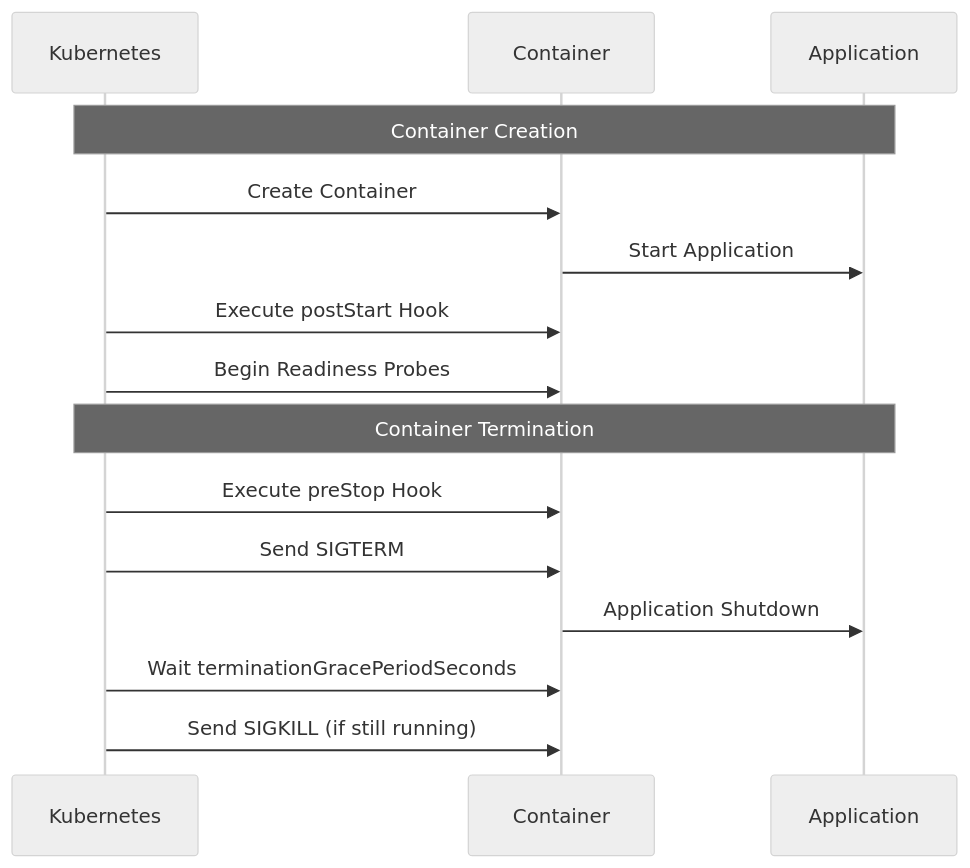
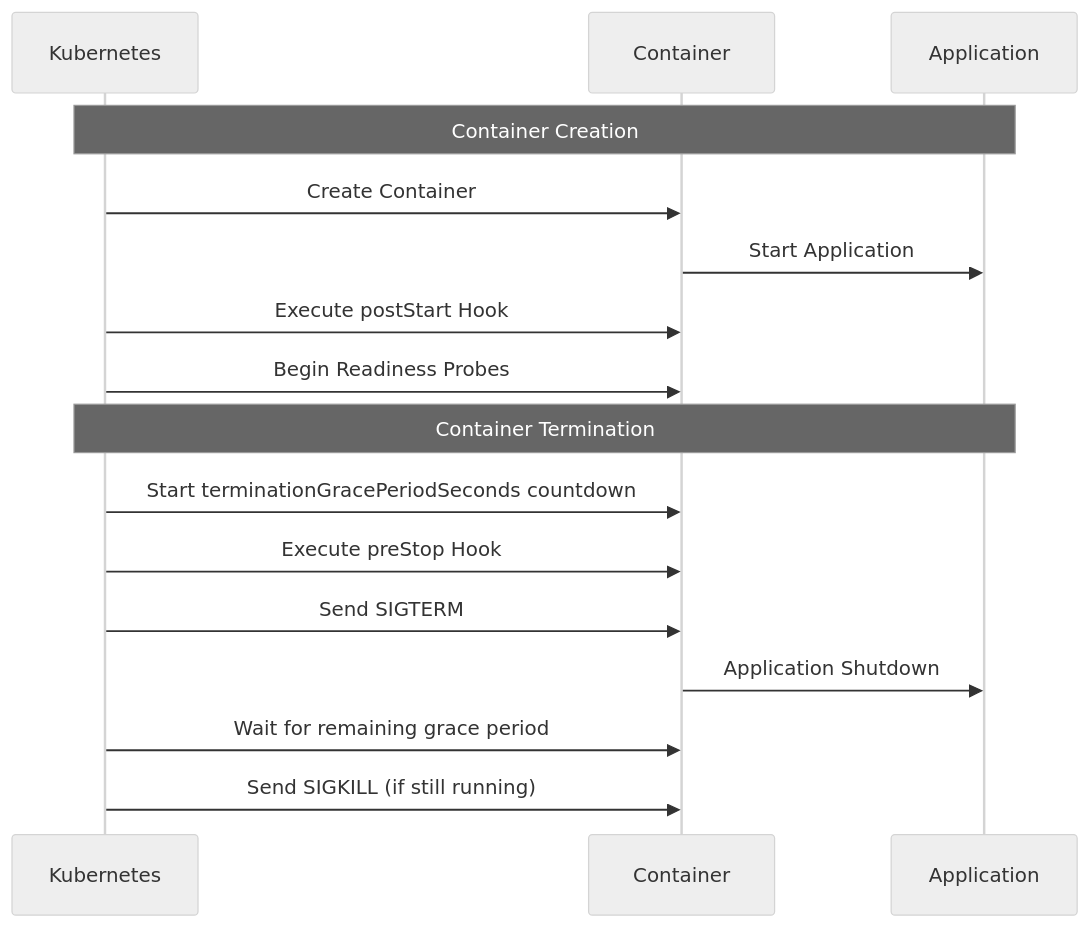
The diagram in posts/2026-01-25-pod-lifecycle-hooks-prestop-poststart/README.md (OneUptime/blog), drawn with Mermaid (neutral theme) before and after one commit. The commit also changed other lines of this file and 2 other files, not shown here.

````diff
--- a/posts/2026-01-25-pod-lifecycle-hooks-prestop-poststart/README.md
+++ b/posts/2026-01-25-pod-lifecycle-hooks-prestop-poststart/README.md
@@ -17,19 +17,20 @@
 ```mermaid
 sequenceDiagram
     participant K as Kubernetes
     participant C as Container
     participant A as Application
 
     Note over K,A: Container Creation
     K->>C: Create Container
     C->>A: Start Application
     K->>C: Execute postStart Hook
     K->>C: Begin Readiness Probes
 
     Note over K,A: Container Termination
+    K->>C: Start terminationGracePeriodSeconds countdown
     K->>C: Execute preStop Hook
     K->>C: Send SIGTERM
     C->>A: Application Shutdown
-    K->>C: Wait terminationGracePeriodSeconds
+    K->>C: Wait for remaining grace period
     K->>C: Send SIGKILL (if still running)
 ```
````
